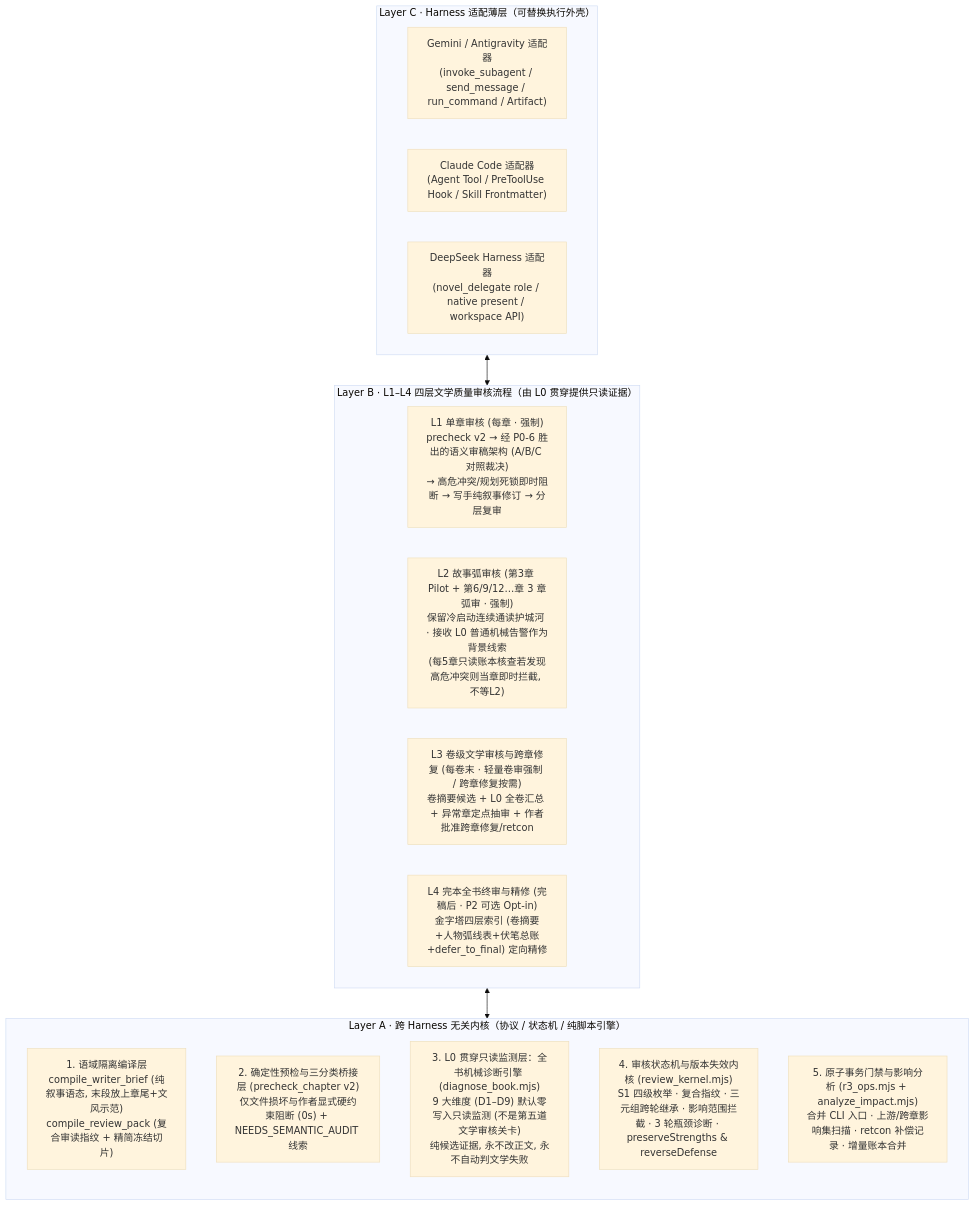
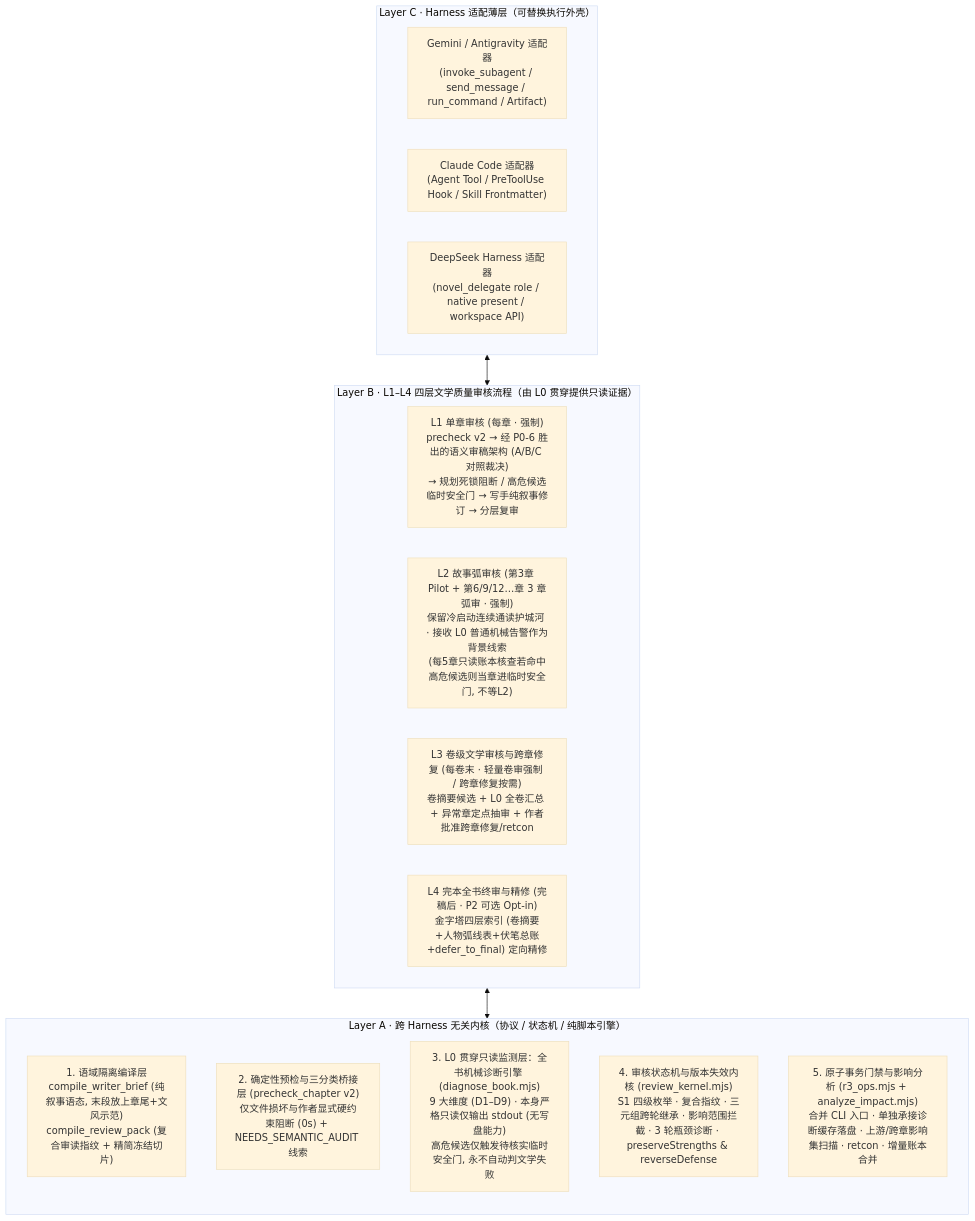
The diagram in docs/r3/review-v3/03-R3审核体系v3总体架构设计.md (chindden/chinese-novelist-skill), drawn with Mermaid (base theme) before and after one commit. The commit also changed other lines of this file and 10 other files, not shown here.

Commit message:
docs(r3): revise R3 review architecture v3 package to v1.2 (freeze-ready)

````diff
--- a/docs/r3/review-v3/03-R3审核体系v3总体架构设计.md
+++ b/docs/r3/review-v3/03-R3审核体系v3总体架构设计.md
@@ -21,26 +21,26 @@
 ```mermaid
 flowchart TB
     subgraph LAYER_A["Layer A · 跨 Harness 无关内核（协议 / 状态机 / 纯脚本引擎）"]
         direction TB
         M1["1. 语域隔离编译层<br/>compile_writer_brief (纯叙事语态, 末段放上章尾+文风示范)<br/>compile_review_pack (复合审读指纹 + 精简冻结切片)"]
         M2["2. 确定性预检与三分类桥接层 (precheck_chapter v2)<br/>仅文件损坏与作者显式硬约束阻断 (0s) + NEEDS_SEMANTIC_AUDIT 线索"]
-        M3["3. L0 贯穿只读监测层：全书机械诊断引擎 (diagnose_book.mjs)<br/>9 大维度 (D1–D9) 默认零写入只读监测 (不是第五道文学审核关卡)<br/>纯候选证据, 永不改正文, 永不自动判文学失败"]
+        M3["3. L0 贯穿只读监测层：全书机械诊断引擎 (diagnose_book.mjs)<br/>9 大维度 (D1–D9) · 本身严格只读仅输出 stdout (无写盘能力)<br/>高危候选仅触发待核实临时安全门, 永不自动判文学失败"]
         M4["4. 审核状态机与版本失效内核 (review_kernel.mjs)<br/>S1 四级枚举 · 复合指纹 · 三元组跨轮继承 · 影响范围拦截 · 3 轮瓶颈诊断 · preserveStrengths & reverseDefense"]
-        M5["5. 原子事务门禁与影响分析 (r3_ops.mjs + analyze_impact.mjs)<br/>合并 CLI 入口 · 上游/跨章影响集扫描 · retcon 补偿记录 · 增量账本合并"]
+        M5["5. 原子事务门禁与影响分析 (r3_ops.mjs + analyze_impact.mjs)<br/>合并 CLI 入口 · 单独承接诊断缓存落盘 · 上游/跨章影响集扫描 · retcon · 增量账本合并"]
     end
 
     subgraph LAYER_B["Layer B · L1–L4 四层文学质量审核流程（由 L0 贯穿提供只读证据）"]
-        L1["L1 单章审核 (每章 · 强制)<br/>precheck v2 → 经 P0-6 胜出的语义审稿架构 (A/B/C 对照裁决)<br/>→ 高危冲突/规划死锁即时阻断 → 写手纯叙事修订 → 分层复审"]
-        L2["L2 故事弧审核 (第3章 Pilot + 第6/9/12…章 3 章弧审 · 强制)<br/>保留冷启动连续通读护城河 · 接收 L0 普通机械告警作为背景线索<br/>(每5章只读账本核查若发现高危冲突则当章即时拦截, 不等L2)"]
+        L1["L1 单章审核 (每章 · 强制)<br/>precheck v2 → 经 P0-6 胜出的语义审稿架构 (A/B/C 对照裁决)<br/>→ 规划死锁阻断 / 高危候选临时安全门 → 写手纯叙事修订 → 分层复审"]
+        L2["L2 故事弧审核 (第3章 Pilot + 第6/9/12…章 3 章弧审 · 强制)<br/>保留冷启动连续通读护城河 · 接收 L0 普通机械告警作为背景线索<br/>(每5章只读账本核查若命中高危候选则当章进临时安全门, 不等L2)"]
         L3["L3 卷级文学审核与跨章修复 (每卷末 · 轻量卷审强制 / 跨章修复按需)<br/>卷摘要候选 + L0 全卷汇总 + 异常章定点抽审 + 作者批准跨章修复/retcon"]
         L4["L4 完本全书终审与精修 (完稿后 · P2 可选 Opt-in)<br/>金字塔四层索引 (卷摘要+人物弧线表+伏笔总账+defer_to_final) 定向精修"]
     end
 
     subgraph LAYER_C["Layer C · Harness 适配薄层（可替换执行外壳）"]
         H1["Gemini / Antigravity 适配器<br/>(invoke_subagent / send_message / run_command / Artifact)"]
         H2["Claude Code 适配器<br/>(Agent Tool / PreToolUse Hook / Skill Frontmatter)"]
         H3["DeepSeek Harness 适配器<br/>(novel_delegate role / native present / workspace API)"]
     end
 
     LAYER_C <--> LAYER_B <--> LAYER_A
 ```
````
